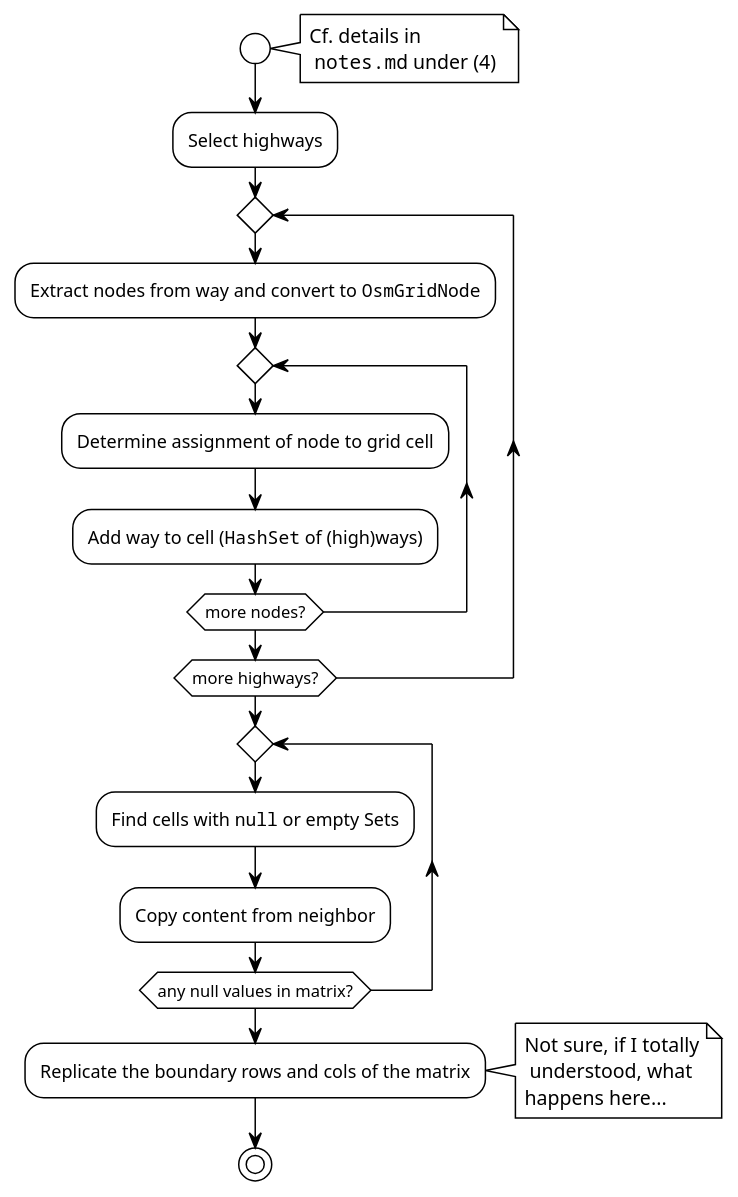
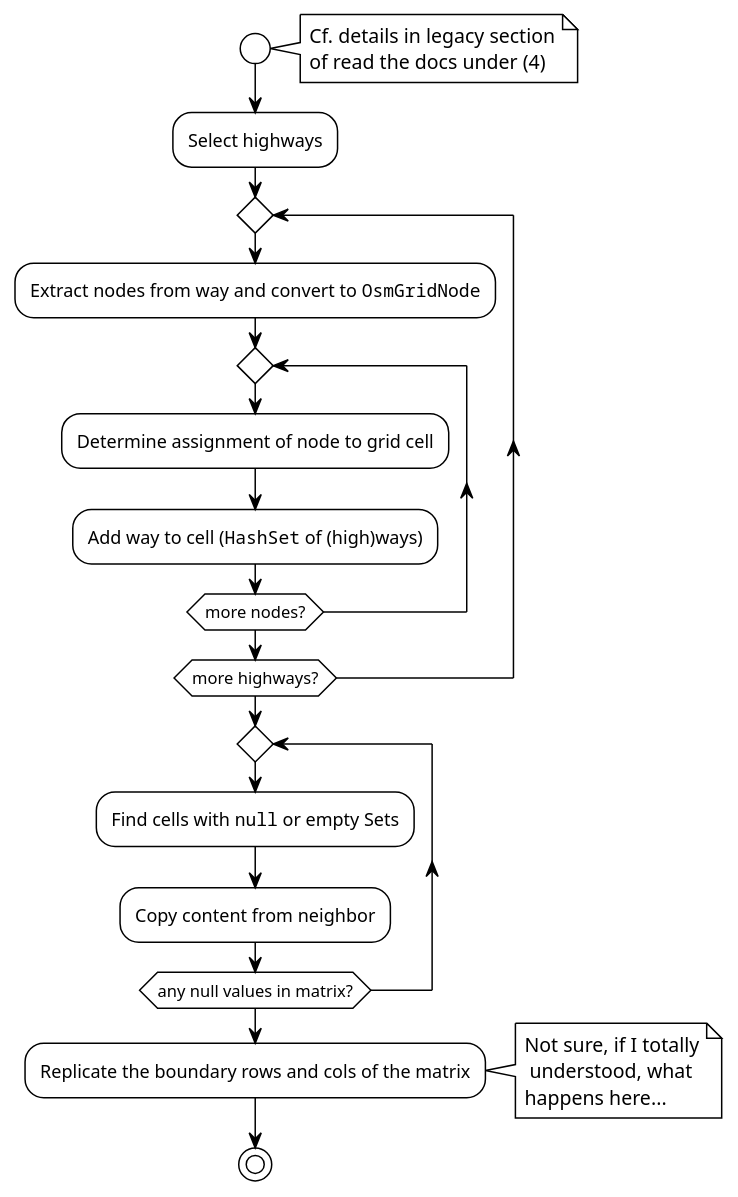
The diagram in docs/legacy/uml/buildHighwayDistanceMatrix.puml (ie3-institute/OSMoGrid), drawn with PlantUML before and after one commit. The commit also changed 3 other files, not shown here.

Commit message:
Move notes about legacy code to rtd

```diff
--- a/docs/legacy/uml/buildHighwayDistanceMatrix.puml
+++ b/docs/legacy/uml/buildHighwayDistanceMatrix.puml
@@ -1,24 +1,24 @@
 @startuml
 'https://plantuml.com/activity-diagram-beta
 
 !theme plain
 
 start
-  note right: Cf. details in\n ""notes.md"" under (4)
+  note right: Cf. details in legacy section\nof read the docs under (4)
   :Select highways;
   repeat
     :Extract nodes from way and convert to ""OsmGridNode"";
     repeat
       :Determine assignment of node to grid cell;
       :Add way to cell (""HashSet"" of (high)ways);
     repeat while (more nodes?)
   repeat while (more highways?)
   repeat
     :Find cells with ""null"" or empty Sets;
     :Copy content from neighbor;
   repeat while (any null values in matrix?)
   :Replicate the boundary rows and cols of the matrix;
   note right: Not sure, if I totally\n understood, what\nhappens here...
 stop
 
 @enduml
```
